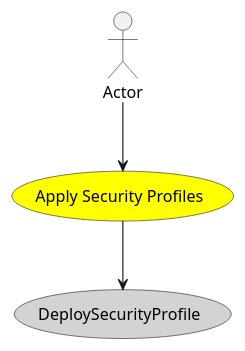
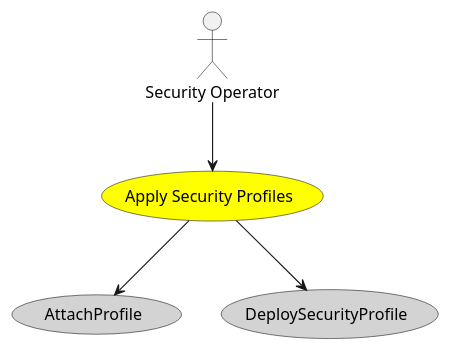
One commit to madajaju/edgemere changed the diagram in docs/edgemere/sa/spm/usecases/applysecurityprofiles/Activities.puml. Above: the diagram before and after it, drawn with PlantUML. The commit also changed 1199 other files, not shown here.

```diff
--- a/docs/edgemere/sa/spm/usecases/applysecurityprofiles/Activities.puml
+++ b/docs/edgemere/sa/spm/usecases/applysecurityprofiles/Activities.puml
@@ -1,24 +1,28 @@
 @startuml
 
 
 usecase "Apply Security Profiles" as ApplySecurityProfiles #yellow
 
-Actor "Actor" as Actor
+Actor "Security Operator" as SecurityOperator
 
-Actor --> ApplySecurityProfiles
+SecurityOperator --> ApplySecurityProfiles
 
 
+
+usecase "AttachProfile" as AttachProfile #lightgrey
+
+ApplySecurityProfiles --> AttachProfile
 
 usecase "DeploySecurityProfile" as DeploySecurityProfile #lightgrey
 
 ApplySecurityProfiles --> DeploySecurityProfile
 
 
 
 
 
 
 
 
 
 @enduml
```
